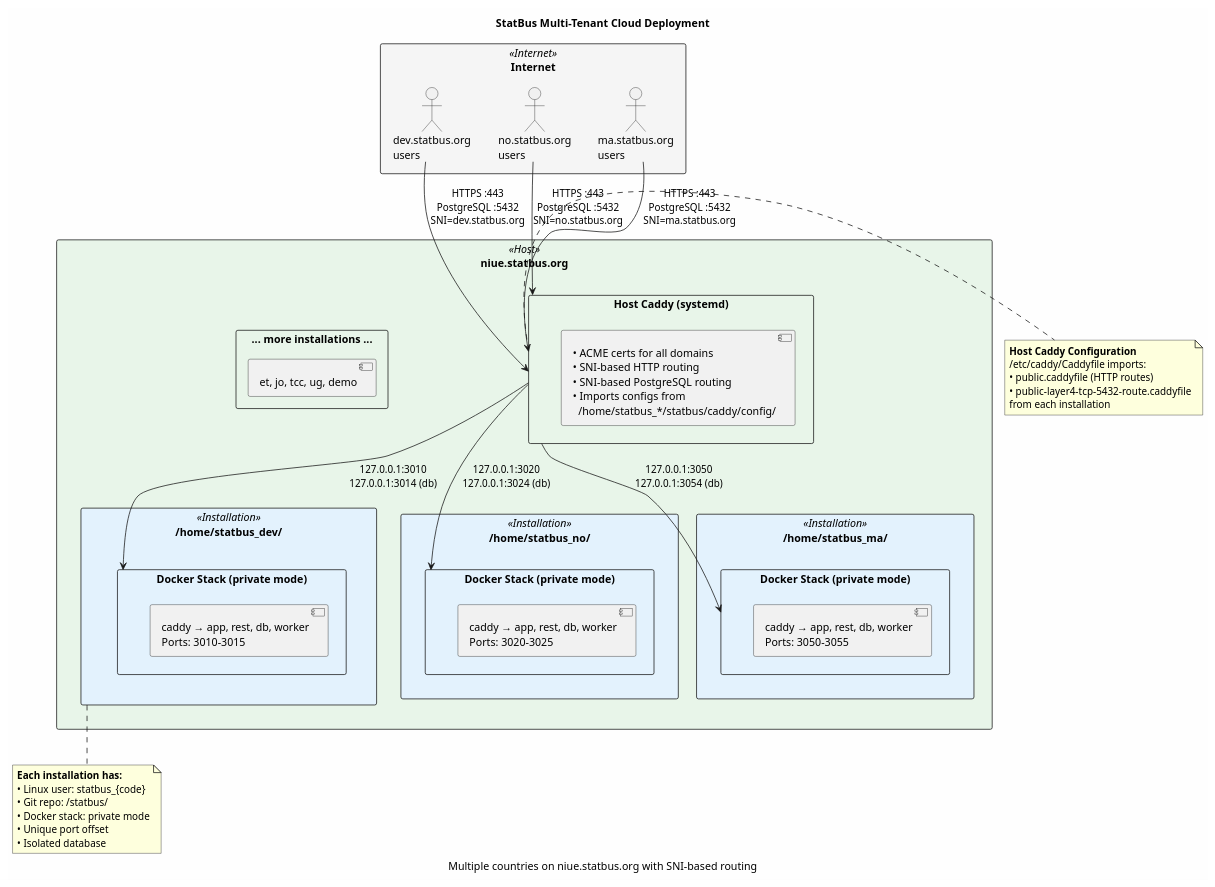
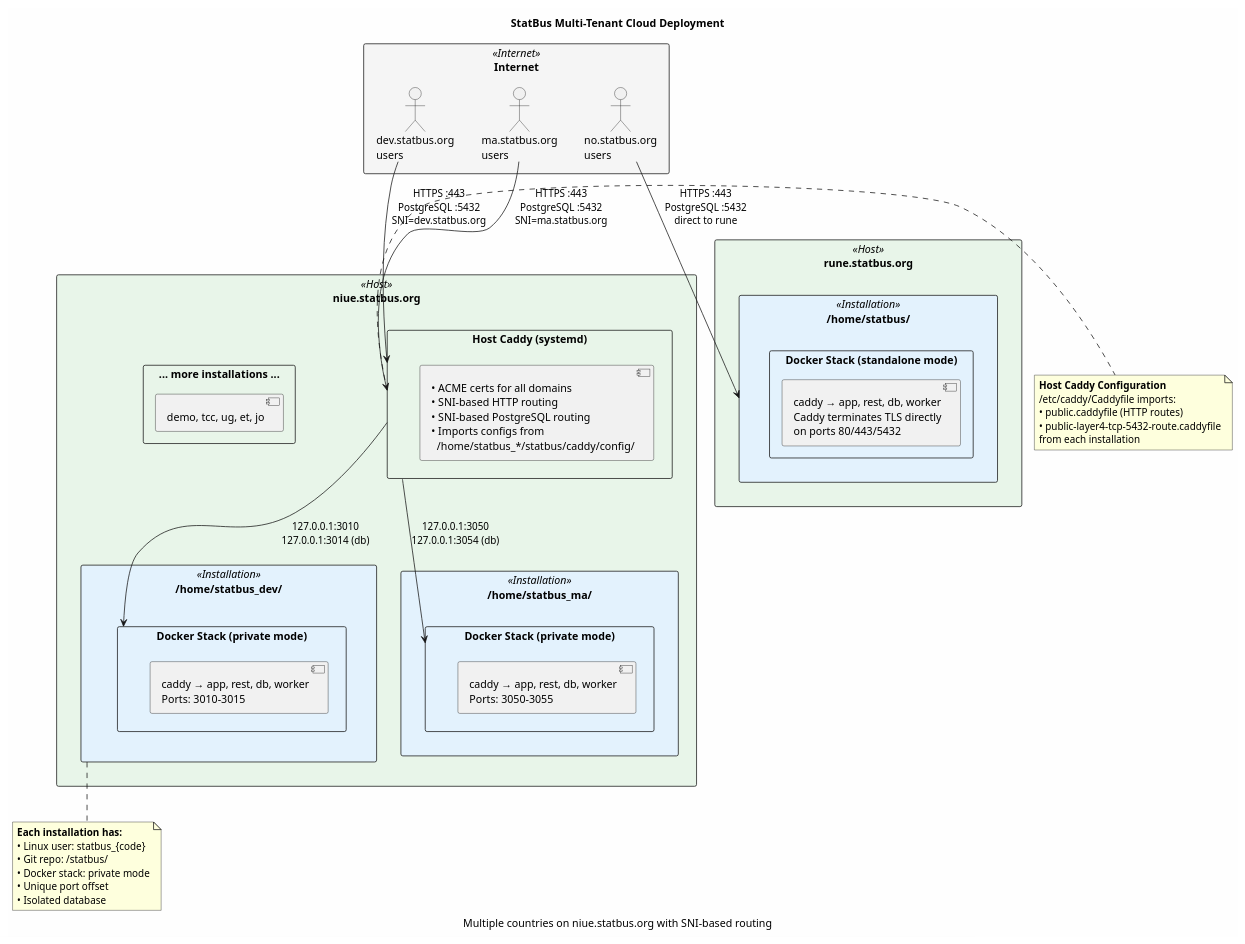
One commit to statisticsnorway/statbus changed the diagram in doc/diagrams/infrastructure-cloud.plantuml. Above: the diagram before and after it, drawn with PlantUML. The commit also changed 4 other files, not shown here.

```diff
--- a/doc/diagrams/infrastructure-cloud.plantuml
+++ b/doc/diagrams/infrastructure-cloud.plantuml
@@ -1,72 +1,73 @@
 @startuml infrastructure-cloud
 skinparam backgroundColor #FEFEFE
 skinparam rectangle {
     BackgroundColor<<Internet>> #F5F5F5
     BackgroundColor<<Host>> #E8F5E9
     BackgroundColor<<Installation>> #E3F2FD
     BackgroundColor<<Container>> #BBDEFB
 }
 
 title StatBus Multi-Tenant Cloud Deployment
 caption Multiple countries on niue.statbus.org with SNI-based routing
 
 rectangle "Internet" <<Internet>> {
     actor "dev.statbus.org\nusers" as devusers
+    actor "ma.statbus.org\nusers" as mausers
     actor "no.statbus.org\nusers" as nousers
-    actor "ma.statbus.org\nusers" as mausers
 }
 
 rectangle "niue.statbus.org" <<Host>> {
     rectangle "Host Caddy (systemd)" as hostcaddy {
         [• ACME certs for all domains\n• SNI-based HTTP routing\n• SNI-based PostgreSQL routing\n• Imports configs from\n  /home/statbus_*/statbus/caddy/config/]
     }
-    
+
     rectangle "/home/statbus_dev/" <<Installation>> as devinstall {
         rectangle "Docker Stack (private mode)" as devstack {
             [caddy → app, rest, db, worker\nPorts: 3010-3015]
         }
     }
-    
-    rectangle "/home/statbus_no/" <<Installation>> as noinstall {
-        rectangle "Docker Stack (private mode)" as nostack {
-            [caddy → app, rest, db, worker\nPorts: 3020-3025]
-        }
-    }
-    
+
     rectangle "/home/statbus_ma/" <<Installation>> as mainstall {
         rectangle "Docker Stack (private mode)" as mastack {
             [caddy → app, rest, db, worker\nPorts: 3050-3055]
         }
     }
-    
+
     rectangle "... more installations ..." as more {
-        [et, jo, tcc, ug, demo]
+        [demo, tcc, ug, et, jo]
+    }
+}
+
+rectangle "rune.statbus.org" <<Host>> as runehost {
+    rectangle "/home/statbus/" <<Installation>> as nostandalone {
+        rectangle "Docker Stack (standalone mode)" as nostack {
+            [caddy → app, rest, db, worker\nCaddy terminates TLS directly\non ports 80/443/5432]
+        }
     }
 }
 
 devusers --> hostcaddy : HTTPS :443\nPostgreSQL :5432\nSNI=dev.statbus.org
-nousers --> hostcaddy : HTTPS :443\nPostgreSQL :5432\nSNI=no.statbus.org
 mausers --> hostcaddy : HTTPS :443\nPostgreSQL :5432\nSNI=ma.statbus.org
+nousers --> nostandalone : HTTPS :443\nPostgreSQL :5432\ndirect to rune
 
 hostcaddy --> devstack : 127.0.0.1:3010\n127.0.0.1:3014 (db)
-hostcaddy --> nostack : 127.0.0.1:3020\n127.0.0.1:3024 (db)
 hostcaddy --> mastack : 127.0.0.1:3050\n127.0.0.1:3054 (db)
 
 note right of hostcaddy
   **Host Caddy Configuration**
   /etc/caddy/Caddyfile imports:
   • public.caddyfile (HTTP routes)
   • public-layer4-tcp-5432-route.caddyfile
   from each installation
 end note
 
 note bottom of devinstall
   **Each installation has:**
   • Linux user: statbus_{code}
   • Git repo: ~/statbus/
   • Docker stack: private mode
   • Unique port offset
   • Isolated database
 end note
 
 @enduml
```
